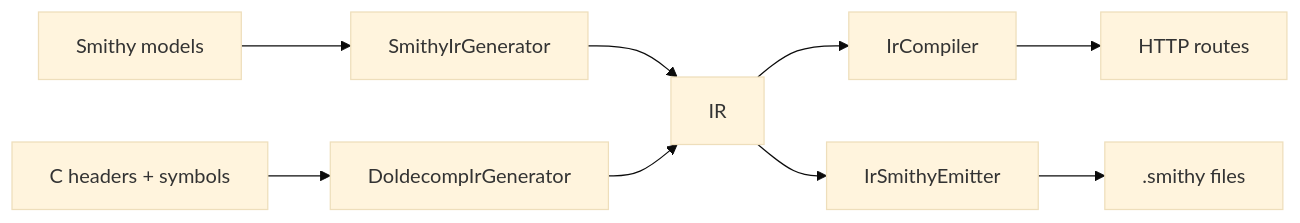
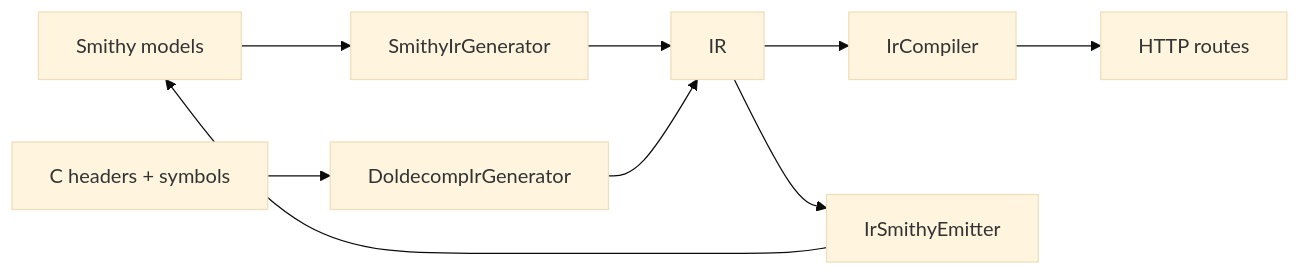
The diagram in README.md (Jacoby6000/dap-http-generator), drawn with Mermaid (base theme) before and after one commit.

Commit message:
Update architecture diagram to show Smithy output node

````diff
--- a/README.md
+++ b/README.md
@@ -59,7 +59,7 @@
 ```mermaid
 flowchart LR
   Smithy["Smithy models"] --> SmithyIrGenerator --> IR
   CHeaders["C headers + symbols"] --> DoldecompIrGenerator --> IR
   IR --> IrCompiler --> Routes["HTTP routes"]
-  IR --> IrSmithyEmitter --> SmithyOut[".smithy files"]
+  IR --> IrSmithyEmitter --> Smithy
 ```
````
